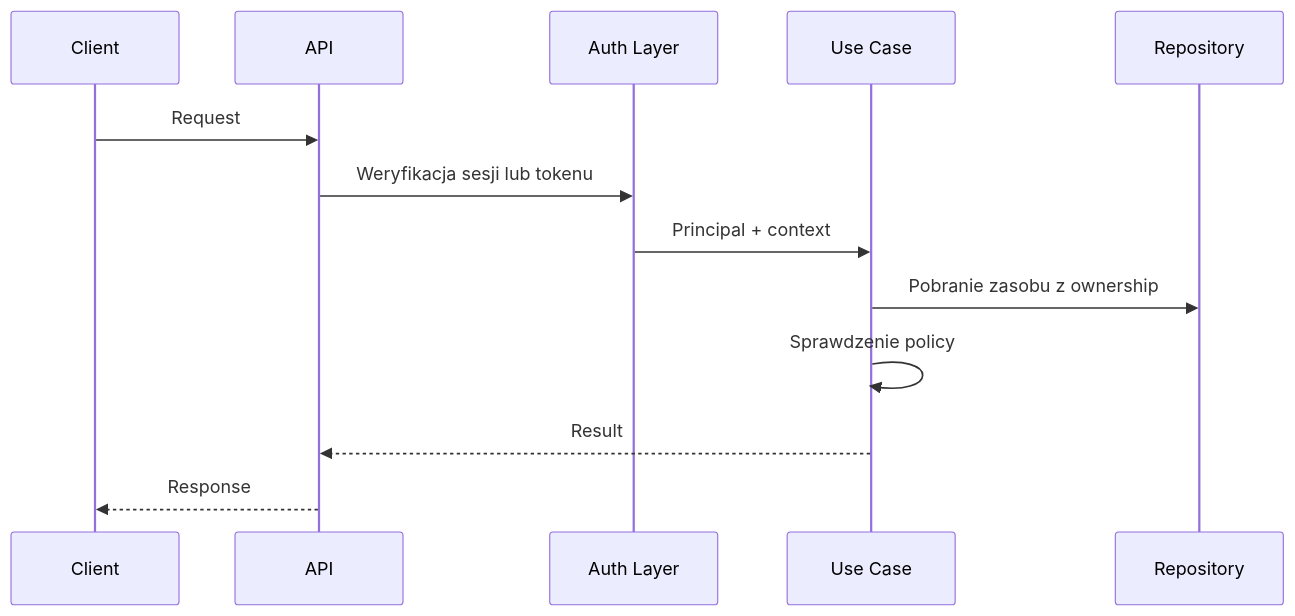
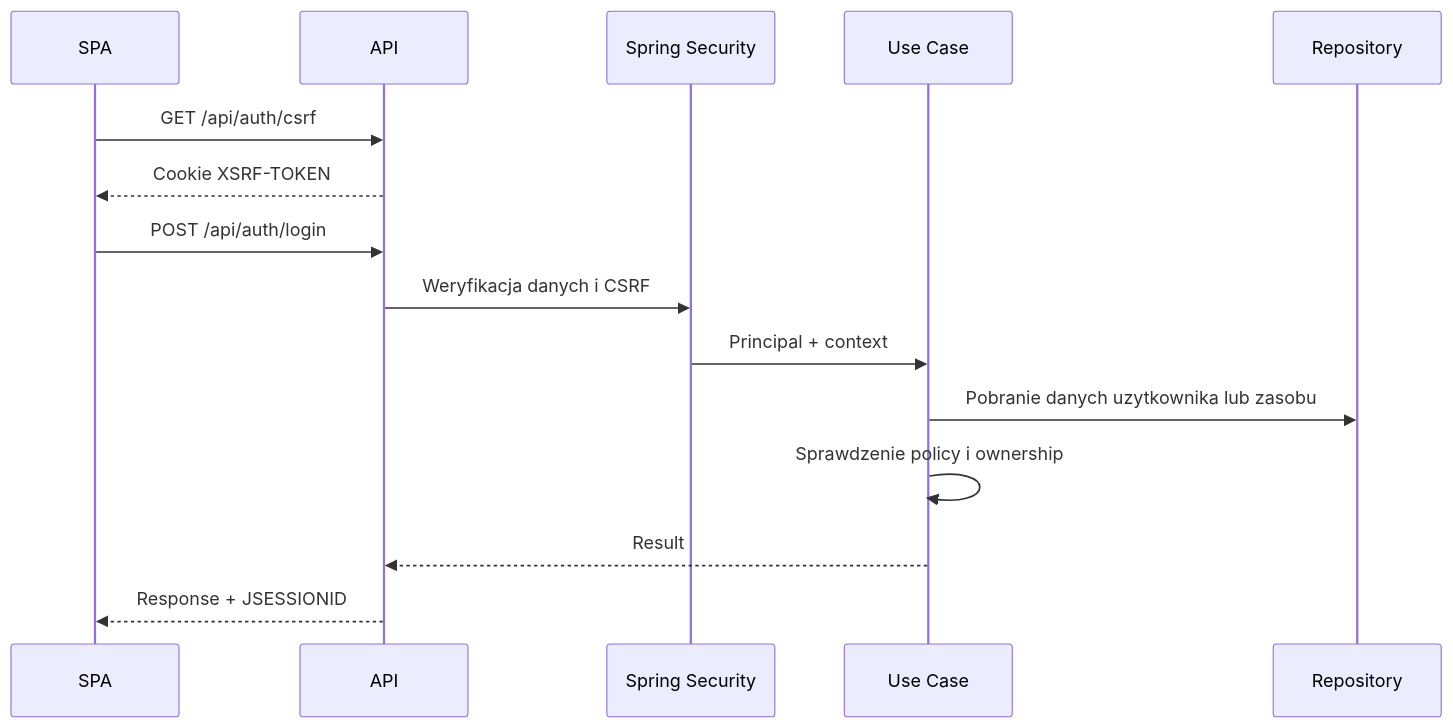
One commit to dom-lud/WeedingGalery changed the diagram in docs/backend/AUTHENTICATION_AND_AUTHORIZATION.md. Above: the diagram before and after it, drawn with Mermaid. The commit also changed other lines of this file and 97 other files, not shown here.

````diff
--- a/docs/backend/AUTHENTICATION_AND_AUTHORIZATION.md
+++ b/docs/backend/AUTHENTICATION_AND_AUTHORIZATION.md
@@ -47,16 +79,18 @@
 ```mermaid
 sequenceDiagram
-    participant Client
+    participant Client as SPA
     participant API
-    participant Auth as Auth Layer
+    participant Auth as Spring Security
     participant UC as Use Case
     participant Repo as Repository
 
-    Client->>API: Request
-    API->>Auth: Weryfikacja sesji lub tokenu
+    Client->>API: GET /api/auth/csrf
+    API-->>Client: Cookie XSRF-TOKEN
+    Client->>API: POST /api/auth/login
+    API->>Auth: Weryfikacja danych i CSRF
     Auth->>UC: Principal + context
-    UC->>Repo: Pobranie zasobu z ownership
-    UC->>UC: Sprawdzenie policy
+    UC->>Repo: Pobranie danych uzytkownika lub zasobu
+    UC->>UC: Sprawdzenie policy i ownership
     UC-->>API: Result
-    API-->>Client: Response
+    API-->>Client: Response + JSESSIONID
 ```
````
